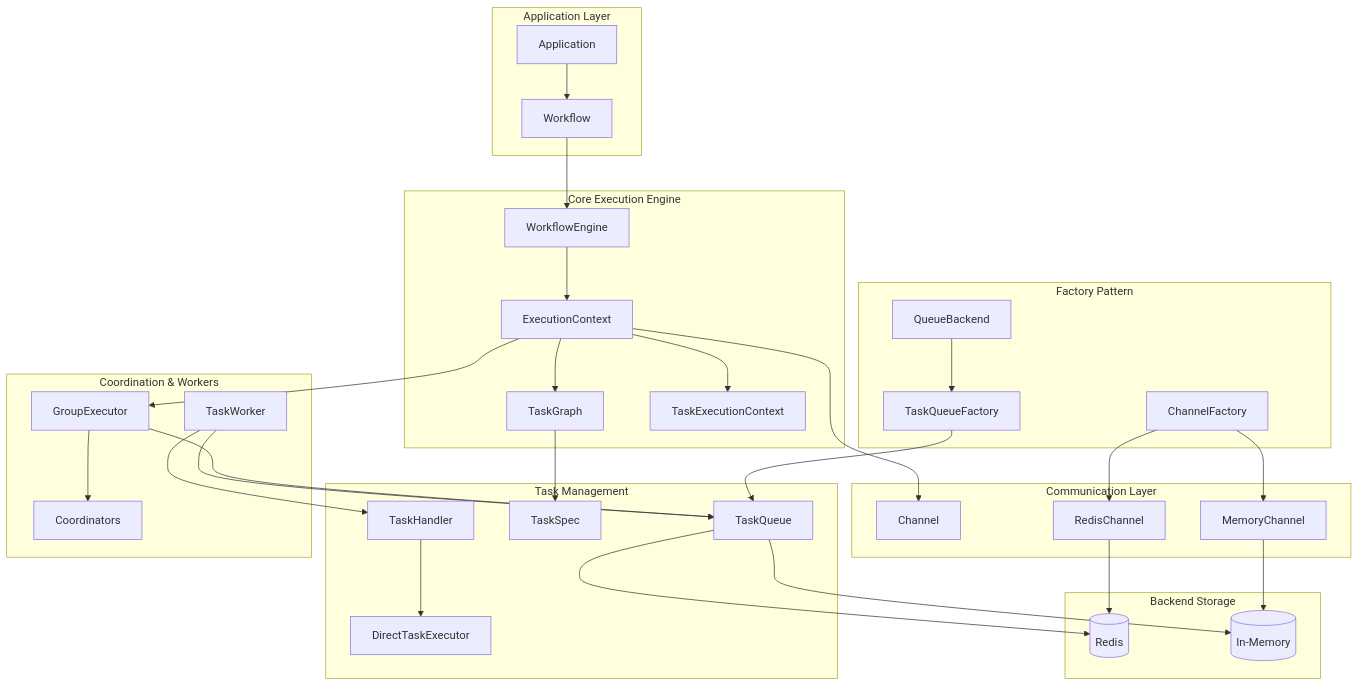
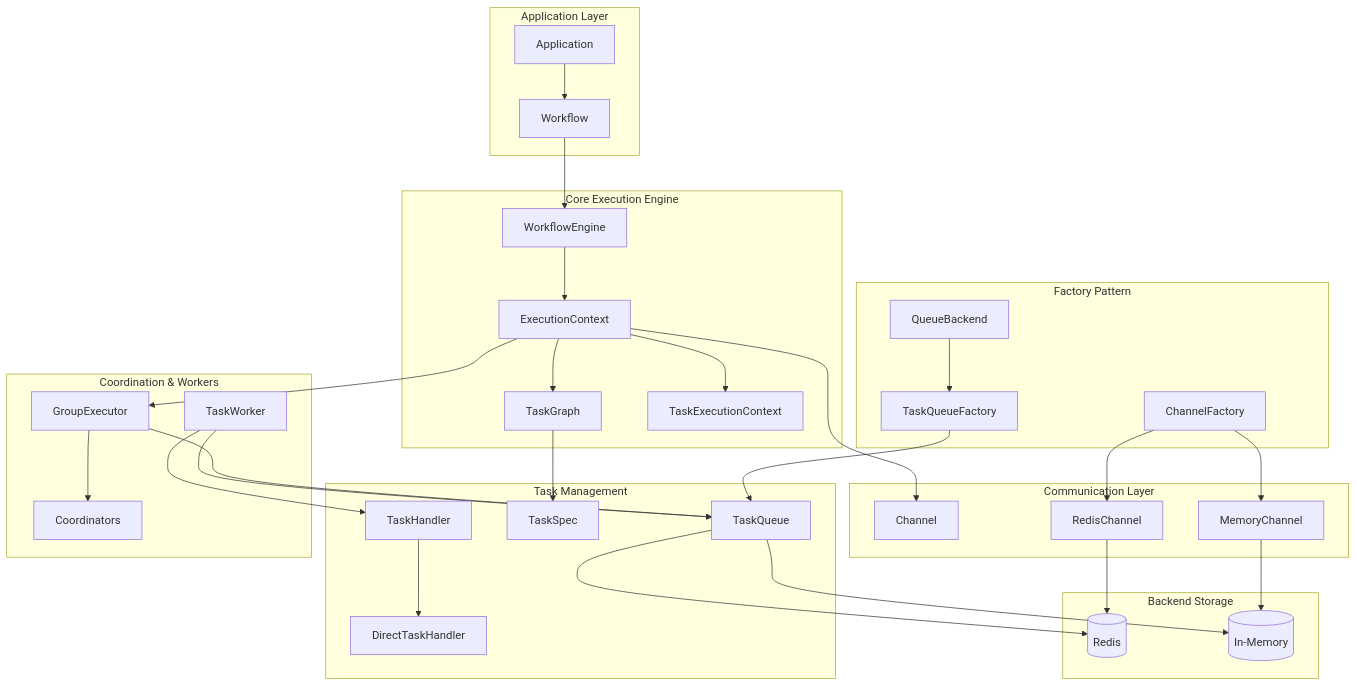
One commit to GraflowAI/graflow changed the first of 9 diagrams in docs/architecture_ja.md. Above: the diagram before and after it, drawn with Mermaid. The commit also changed other lines of this file and 1 other file, not shown here.

Commit message:
Fix references to DirectTaskExecutor, updating to DirectTaskHandler in architecture documentation

````diff
--- a/docs/architecture_ja.md
+++ b/docs/architecture_ja.md
@@ -7,70 +7,70 @@
 ```mermaid
 graph TB
     subgraph "Application Layer"
         APP[Application]
         WF[Workflow]
     end
 
     subgraph "Core Execution Engine"
         WE[WorkflowEngine]
         EC[ExecutionContext]
         TG[TaskGraph]
         TC[TaskExecutionContext]
     end
 
     subgraph "Task Management"
         TQ[TaskQueue]
         TS[TaskSpec]
         TH[TaskHandler]
-        DTE[DirectTaskExecutor]
+        DTH[DirectTaskHandler]
     end
 
     subgraph "Communication Layer"
         CH[Channel]
         RC[RedisChannel]
         MC[MemoryChannel]
     end
 
     subgraph "Coordination & Workers"
         GE[GroupExecutor]
         TW[TaskWorker]
         COORD[Coordinators]
     end
 
     subgraph "Factory Pattern"
         CF[ChannelFactory]
         QF[TaskQueueFactory]
         QB[QueueBackend]
     end
 
     subgraph "Backend Storage"
         Redis[(Redis)]
         Memory[(In-Memory)]
     end
 
     APP --> WF
     WF --> WE
     WE --> EC
     EC --> TG
     EC --> TC
     EC --> CH
     EC --> GE
 
     TG --> TS
-    TH --> DTE
+    TH --> DTH
     TW --> TQ
     TW --> TH
 
     GE --> COORD
     GE --> TQ
 
     CF --> MC
     CF --> RC
     QF --> TQ
     QB --> QF
 
     RC --> Redis
     MC --> Memory
     TQ --> Redis
     TQ --> Memory
 ```
````
